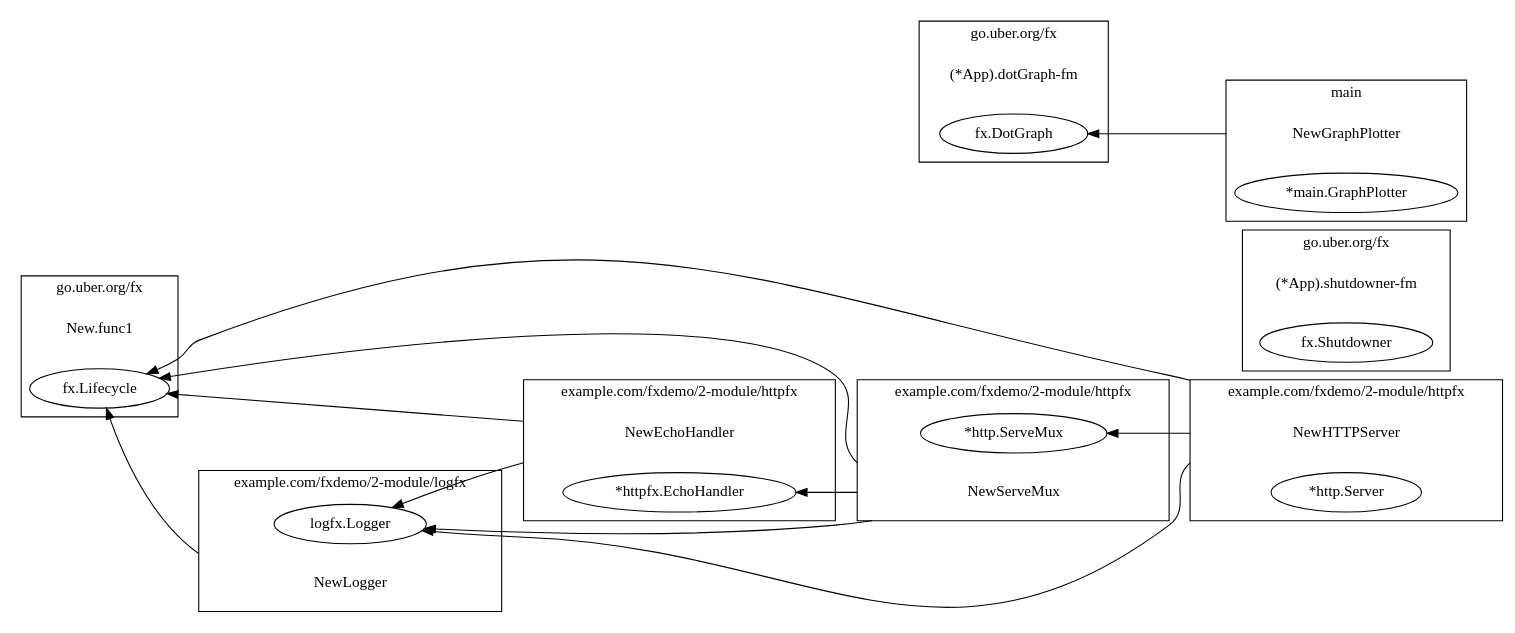
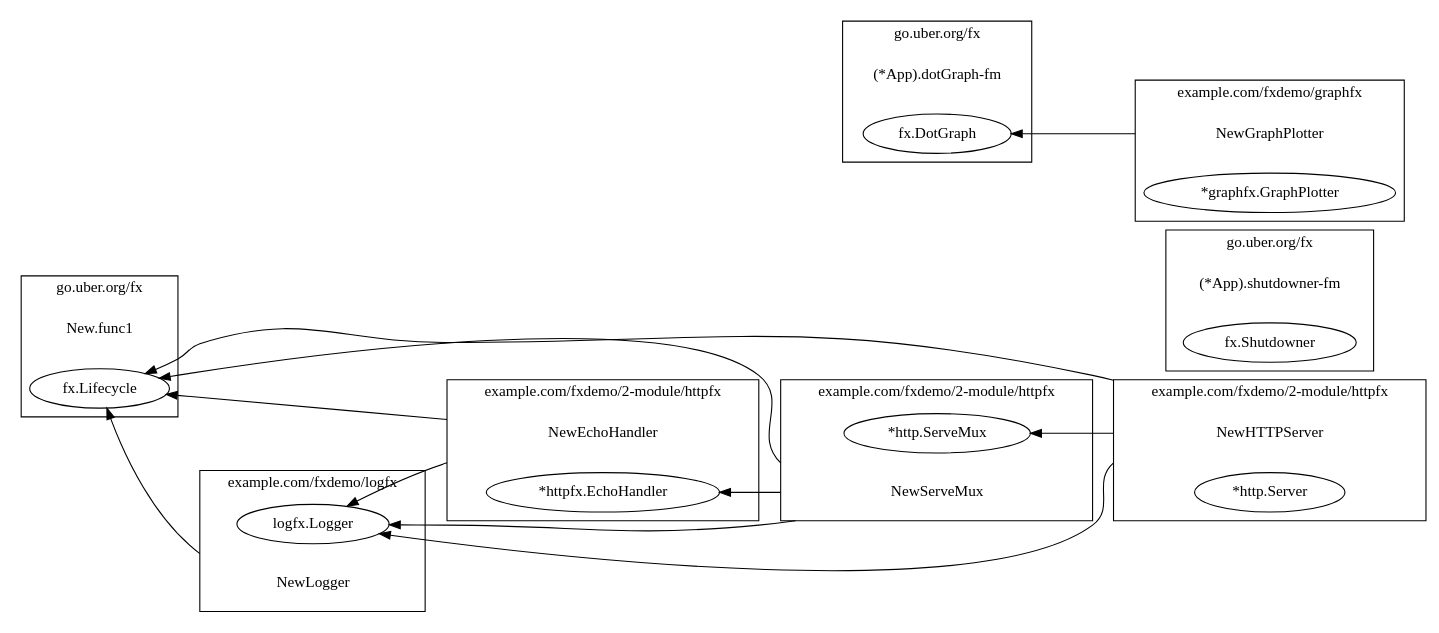
One commit to gemini-kenshi/fx-demo changed the diagram in 2-module/dotGraph.dot. Above: the diagram before and after it, drawn with Graphviz. The commit also changed 8 other files, not shown here.

Commit message:
refactor: Move graph to a separate package

```diff
--- a/2-module/dotGraph.dot
+++ b/2-module/dotGraph.dot
@@ -1,98 +1,98 @@
 digraph {
 	rankdir=RL;
 	graph [compound=true];
 	
 		subgraph cluster_0 {
 			label = "go.uber.org/fx";
 			constructor_0 [shape=plaintext label="New.func1"];
 			
 			"fx.Lifecycle" [label=<fx.Lifecycle>];
 			
 		}
 		
 		
 		subgraph cluster_1 {
 			label = "go.uber.org/fx";
 			constructor_1 [shape=plaintext label="(*App).shutdowner-fm"];
 			
 			"fx.Shutdowner" [label=<fx.Shutdowner>];
 			
 		}
 		
 		
 		subgraph cluster_2 {
 			label = "go.uber.org/fx";
 			constructor_2 [shape=plaintext label="(*App).dotGraph-fm"];
 			
 			"fx.DotGraph" [label=<fx.DotGraph>];
 			
 		}
 		
 		
 		subgraph cluster_3 {
-			label = "main";
+			label = "example.com/fxdemo/graphfx";
 			constructor_3 [shape=plaintext label="NewGraphPlotter"];
 			
-			"*main.GraphPlotter" [label=<*main.GraphPlotter>];
+			"*graphfx.GraphPlotter" [label=<*graphfx.GraphPlotter>];
 			
 		}
 		
 			constructor_3 -> "fx.DotGraph" [ltail=cluster_3];
 		
 		
 		subgraph cluster_4 {
 			label = "example.com/fxdemo/2-module/httpfx";
 			constructor_4 [shape=plaintext label="NewHTTPServer"];
 			
 			"*http.Server" [label=<*http.Server>];
 			
 		}
 		
 			constructor_4 -> "fx.Lifecycle" [ltail=cluster_4];
 		
 			constructor_4 -> "logfx.Logger" [ltail=cluster_4];
 		
 			constructor_4 -> "*http.ServeMux" [ltail=cluster_4];
 		
 		
 		subgraph cluster_5 {
 			label = "example.com/fxdemo/2-module/httpfx";
 			constructor_5 [shape=plaintext label="NewEchoHandler"];
 			
 			"*httpfx.EchoHandler" [label=<*httpfx.EchoHandler>];
 			
 		}
 		
 			constructor_5 -> "fx.Lifecycle" [ltail=cluster_5];
 		
 			constructor_5 -> "logfx.Logger" [ltail=cluster_5];
 		
 		
 		subgraph cluster_6 {
 			label = "example.com/fxdemo/2-module/httpfx";
 			constructor_6 [shape=plaintext label="NewServeMux"];
 			
 			"*http.ServeMux" [label=<*http.ServeMux>];
 			
 		}
 		
 			constructor_6 -> "fx.Lifecycle" [ltail=cluster_6];
 		
 			constructor_6 -> "logfx.Logger" [ltail=cluster_6];
 		
 			constructor_6 -> "*httpfx.EchoHandler" [ltail=cluster_6];
 		
 		
 		subgraph cluster_7 {
-			label = "example.com/fxdemo/2-module/logfx";
+			label = "example.com/fxdemo/logfx";
 			constructor_7 [shape=plaintext label="NewLogger"];
 			
 			"logfx.Logger" [label=<logfx.Logger>];
 			
 		}
 		
 			constructor_7 -> "fx.Lifecycle" [ltail=cluster_7];
 		
 		
 	
 }
```
